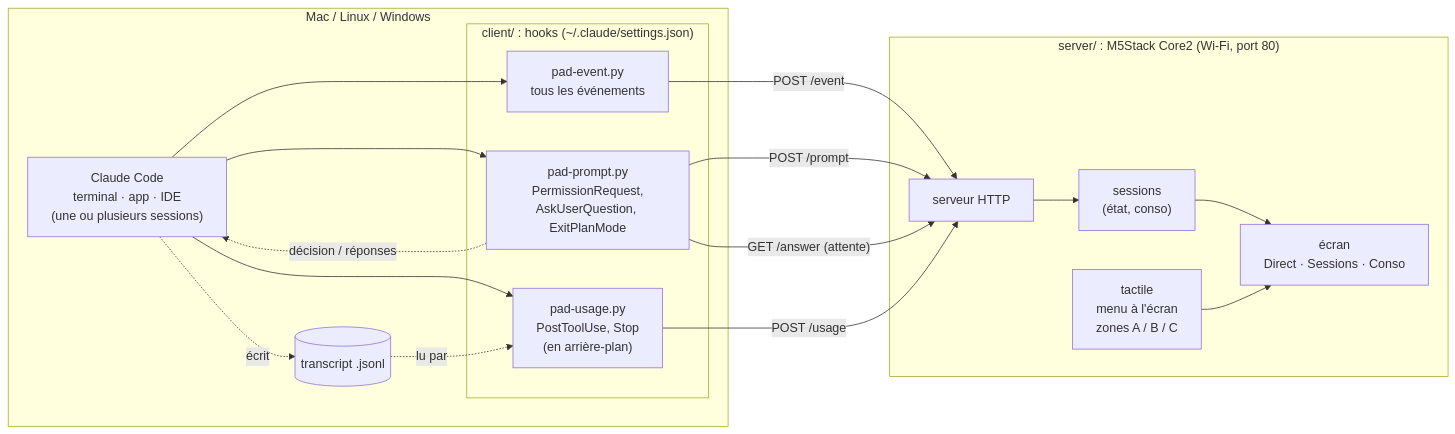
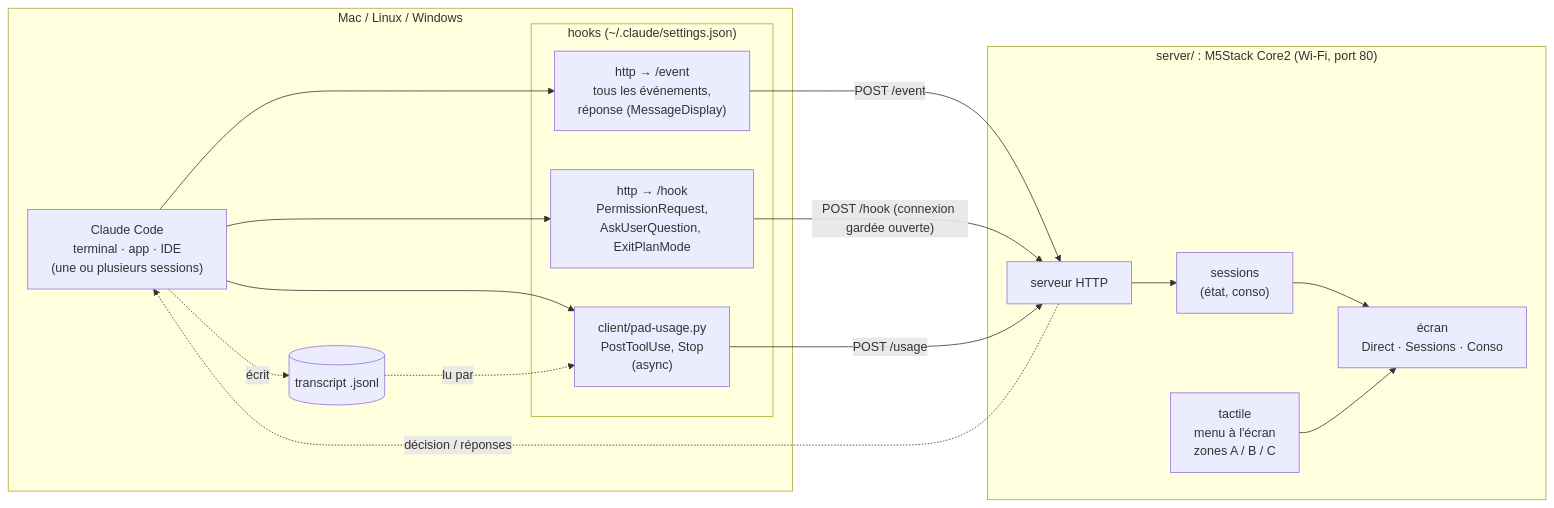
One commit to suchalouis/claude-device changed the first of 2 diagrams in README.md. Above: the diagram before and after it, drawn with Mermaid. The commit also changed other lines of this file and 7 other files, not shown here.

First line of the commit message:
Hooks HTTP, réponse en direct avec défilement, chrono retiré

````diff
--- a/README.md
+++ b/README.md
@@ -25,30 +27,29 @@
 ```mermaid
 flowchart LR
   subgraph PC["Mac / Linux / Windows"]
     CC["Claude Code<br/>terminal · app · IDE<br/>(une ou plusieurs sessions)"]
     T[("transcript .jsonl")]
-    subgraph H["client/ : hooks (~/.claude/settings.json)"]
-      E["pad-event.py<br/>tous les événements"]
-      P["pad-prompt.py<br/>PermissionRequest,<br/>AskUserQuestion, ExitPlanMode"]
-      U["pad-usage.py<br/>PostToolUse, Stop<br/>(en arrière-plan)"]
+    subgraph H["hooks (~/.claude/settings.json)"]
+      E["http → /event<br/>tous les événements,<br/>réponse (MessageDisplay)"]
+      P["http → /hook<br/>PermissionRequest,<br/>AskUserQuestion, ExitPlanMode"]
+      U["client/pad-usage.py<br/>PostToolUse, Stop<br/>(async)"]
     end
     CC --> E & P & U
     CC -.écrit.-> T
     T -.lu par.-> U
   end
 
   subgraph PAD["server/ : M5Stack Core2 (Wi-Fi, port 80)"]
     W["serveur HTTP"]
     S["sessions<br/>(état, conso)"]
     V["écran<br/>Direct · Sessions · Conso"]
     TS["tactile<br/>menu à l'écran<br/>zones A / B / C"]
     W --> S --> V
     TS --> V
   end
 
   E -- "POST /event" --> W
-  P -- "POST /prompt" --> W
-  P -- "GET /answer (attente)" --> W
+  P -- "POST /hook (connexion gardée ouverte)" --> W
   U -- "POST /usage" --> W
-  P -. "décision / réponses" .-> CC
+  W -. "décision / réponses" .-> CC
 ```
````
